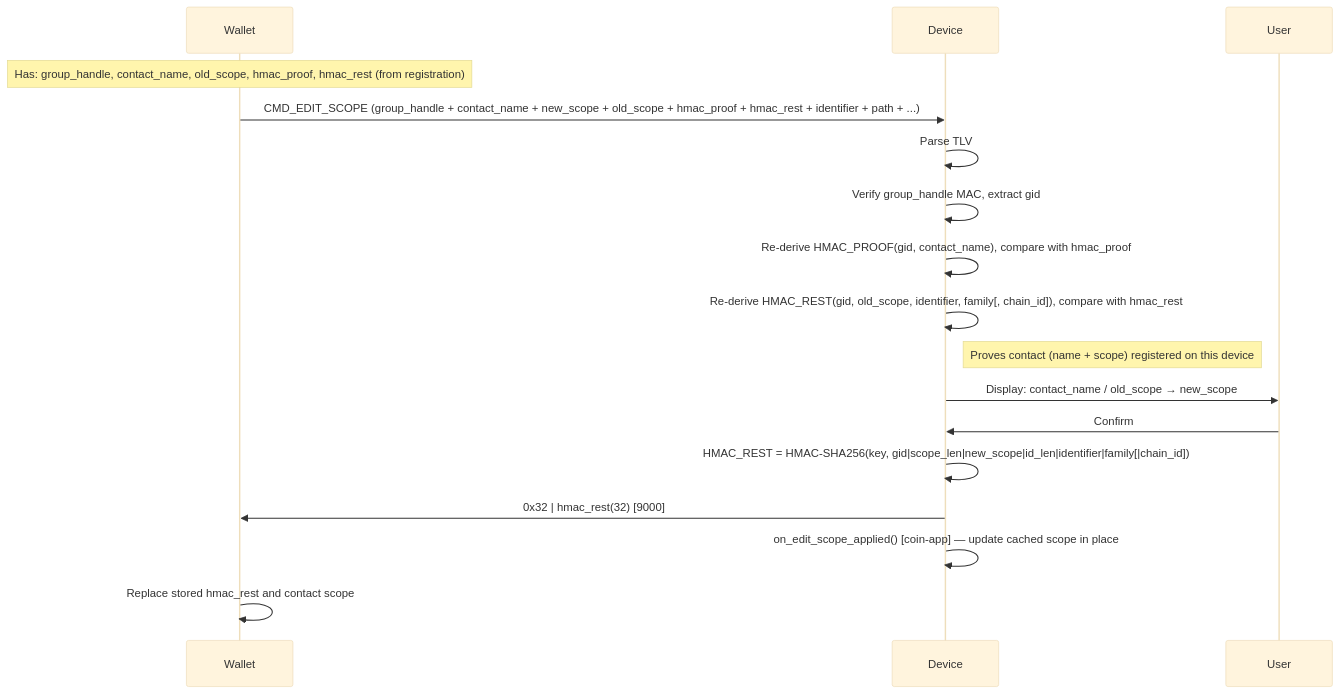
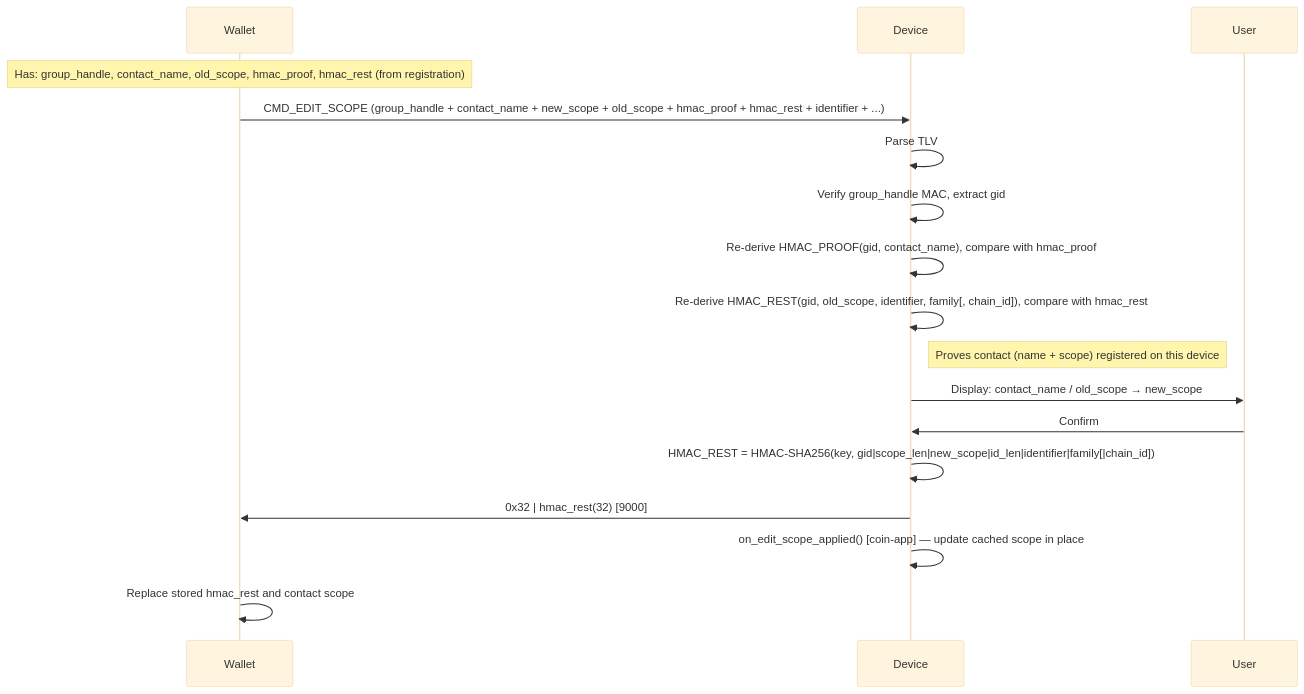
One commit to LedgerHQ/ledger-secure-sdk changed the sixth of 10 diagrams in app_features/address_book/doc/address_book_spec.md. Above: the diagram before and after it, drawn with Mermaid (base theme). The commit also changed other lines of this file and 8 other files, not shown here.

````diff
--- a/app_features/address_book/doc/address_book_spec.md
+++ b/app_features/address_book/doc/address_book_spec.md
@@ -484,17 +480,17 @@
 ```mermaid
 sequenceDiagram
 
     Note over Wallet: Has: group_handle, contact_name, old_scope, hmac_proof, hmac_rest (from registration)
-    Wallet->>Device: CMD_EDIT_SCOPE (group_handle + contact_name + new_scope + old_scope + hmac_proof + hmac_rest + identifier + path + ...)
+    Wallet->>Device: CMD_EDIT_SCOPE (group_handle + contact_name + new_scope + old_scope + hmac_proof + hmac_rest + identifier + ...)
     Device->>Device: Parse TLV
     Device->>Device: Verify group_handle MAC, extract gid
     Device->>Device: Re-derive HMAC_PROOF(gid, contact_name), compare with hmac_proof
     Device->>Device: Re-derive HMAC_REST(gid, old_scope, identifier, family[, chain_id]), compare with hmac_rest
     Note right of Device: Proves contact (name + scope) registered on this device
     Device->>User: Display: contact_name / old_scope → new_scope
     User->>Device: Confirm
     Device->>Device: HMAC_REST = HMAC-SHA256(key, gid|scope_len|new_scope|id_len|identifier|family[|chain_id])
     Device->>Wallet: 0x32 | hmac_rest(32)  [9000]
     Device->>Device: on_edit_scope_applied() [coin-app] — update cached scope in place
     Wallet->>Wallet: Replace stored hmac_rest and contact scope
 ```
````
